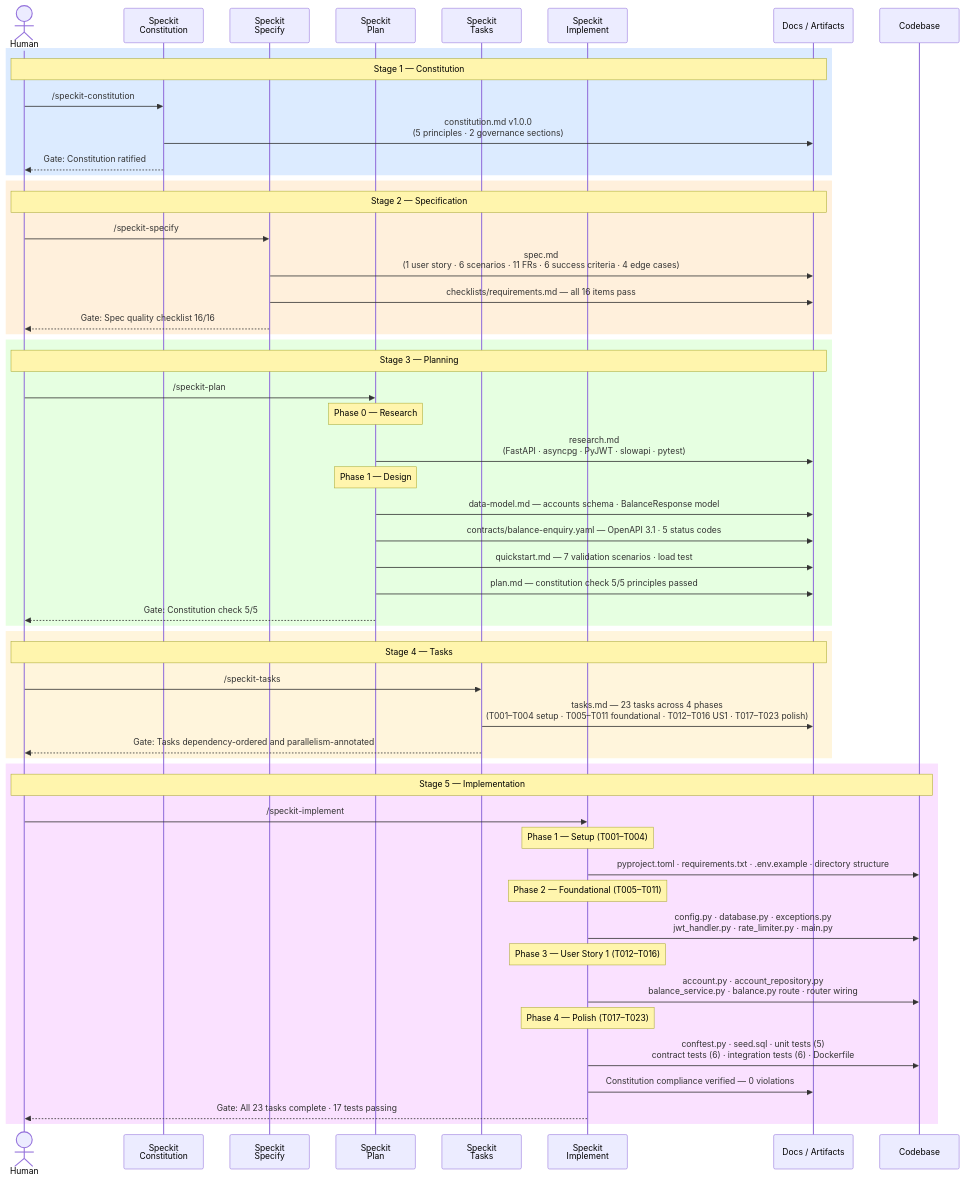
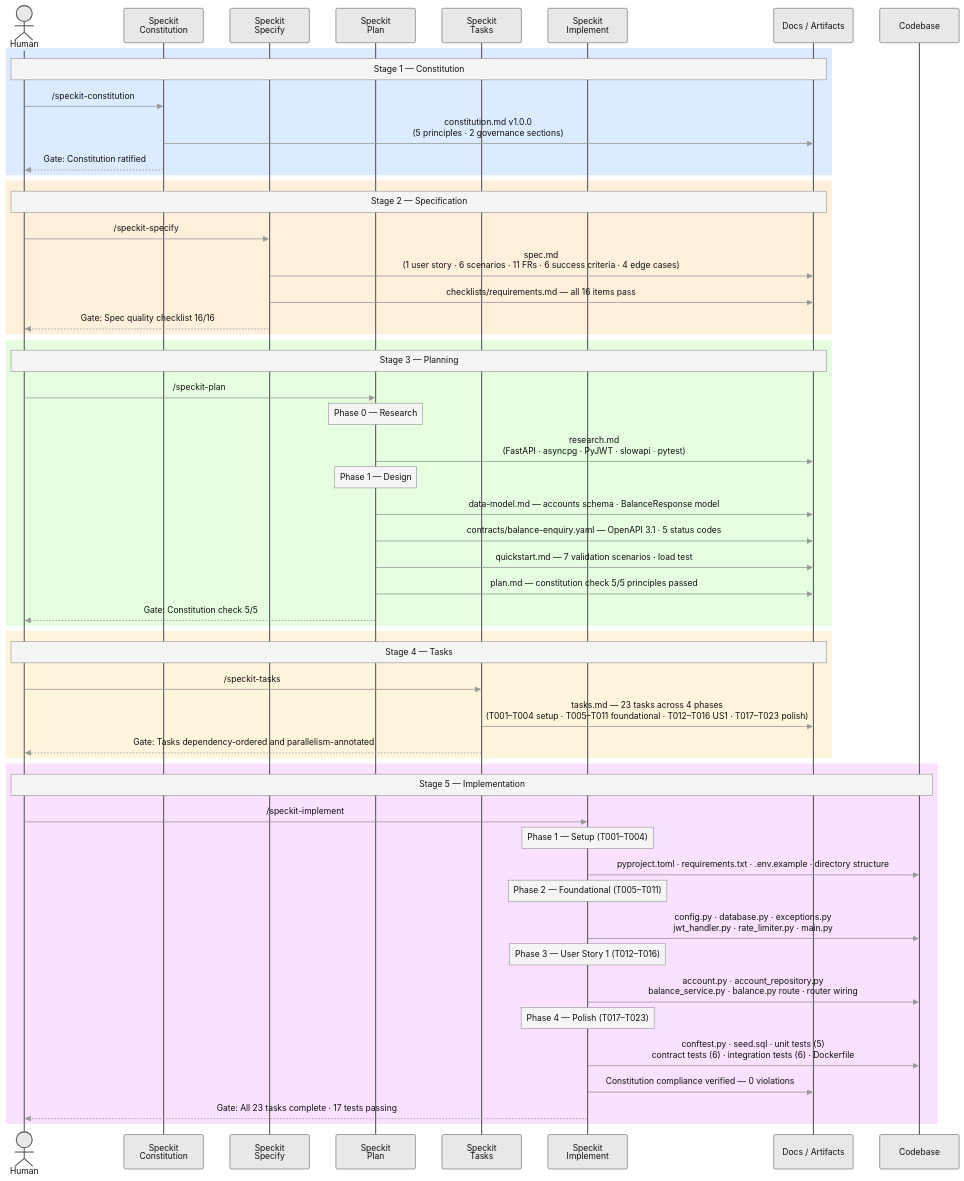
Before and after one commit to vaishakgh/spec-driven-development: the diagram in greenfield-implementation/README.md, drawn with Mermaid. The commit also changed other lines of this file and 1 other file, not shown here.

````diff
--- a/greenfield-implementation/README.md
+++ b/greenfield-implementation/README.md
@@ -42,70 +62,71 @@
 ```mermaid
+%%{init: {'theme': 'base', 'themeVariables': {'primaryTextColor': '#111111', 'primaryColor': '#e8e8e8', 'primaryBorderColor': '#555555', 'lineColor': '#999999', 'secondaryColor': '#f0f0f0', 'tertiaryColor': '#ffffff', 'noteTextColor': '#111111', 'noteBkgColor': '#f5f5f5', 'noteBorderColor': '#888888', 'messageTextColor': '#111111', 'actorTextColor': '#111111', 'labelTextColor': '#111111', 'signalColor': '#999999', 'loopTextColor': '#111111', 'textColor': '#111111'}}}%%
 sequenceDiagram
     actor Human as Human
     participant Const as Speckit<br/>Constitution
     participant Spec as Speckit<br/>Specify
     participant Plan as Speckit<br/>Plan
     participant Tasks as Speckit<br/>Tasks
     participant Impl as Speckit<br/>Implement
     participant Docs as Docs / Artifacts
     participant Code as Codebase
 
     rect rgb(220, 235, 255)
         Note over Human,Docs: Stage 1 — Constitution
 
         Human->>Const: /speckit-constitution
         Const->>Docs: constitution.md v1.0.0<br/>(5 principles · 2 governance sections)
         Const-->>Human: Gate: Constitution ratified
     end
 
     rect rgb(255, 240, 220)
         Note over Human,Docs: Stage 2 — Specification
 
         Human->>Spec: /speckit-specify
         Spec->>Docs: spec.md<br/>(1 user story · 6 scenarios · 11 FRs · 6 success criteria · 4 edge cases)
         Spec->>Docs: checklists/requirements.md — all 16 items pass
         Spec-->>Human: Gate: Spec quality checklist 16/16
     end
 
     rect rgb(230, 255, 225)
         Note over Human,Docs: Stage 3 — Planning
 
         Human->>Plan: /speckit-plan
         Note over Plan: Phase 0 — Research
         Plan->>Docs: research.md<br/>(FastAPI · asyncpg · PyJWT · slowapi · pytest)
         Note over Plan: Phase 1 — Design
         Plan->>Docs: data-model.md — accounts schema · BalanceResponse model
         Plan->>Docs: contracts/balance-enquiry.yaml — OpenAPI 3.1 · 5 status codes
         Plan->>Docs: quickstart.md — 7 validation scenarios · load test
         Plan->>Docs: plan.md — constitution check 5/5 principles passed
         Plan-->>Human: Gate: Constitution check 5/5
     end
 
     rect rgb(255, 245, 220)
         Note over Human,Docs: Stage 4 — Tasks
 
         Human->>Tasks: /speckit-tasks
         Tasks->>Docs: tasks.md — 23 tasks across 4 phases<br/>(T001–T004 setup · T005–T011 foundational · T012–T016 US1 · T017–T023 polish)
         Tasks-->>Human: Gate: Tasks dependency-ordered and parallelism-annotated
     end
 
     rect rgb(250, 225, 255)
         Note over Human,Code: Stage 5 — Implementation
 
         Human->>Impl: /speckit-implement
         Note over Impl: Phase 1 — Setup (T001–T004)
         Impl->>Code: pyproject.toml · requirements.txt · .env.example · directory structure
 
         Note over Impl: Phase 2 — Foundational (T005–T011)
         Impl->>Code: config.py · database.py · exceptions.py<br/>jwt_handler.py · rate_limiter.py · main.py
 
         Note over Impl: Phase 3 — User Story 1 (T012–T016)
         Impl->>Code: account.py · account_repository.py<br/>balance_service.py · balance.py route · router wiring
 
         Note over Impl: Phase 4 — Polish (T017–T023)
         Impl->>Code: conftest.py · seed.sql · unit tests (5)<br/>contract tests (6) · integration tests (6) · Dockerfile
 
         Impl->>Docs: Constitution compliance verified — 0 violations
         Impl-->>Human: Gate: All 23 tasks complete · 17 tests passing
     end
 ```
````
